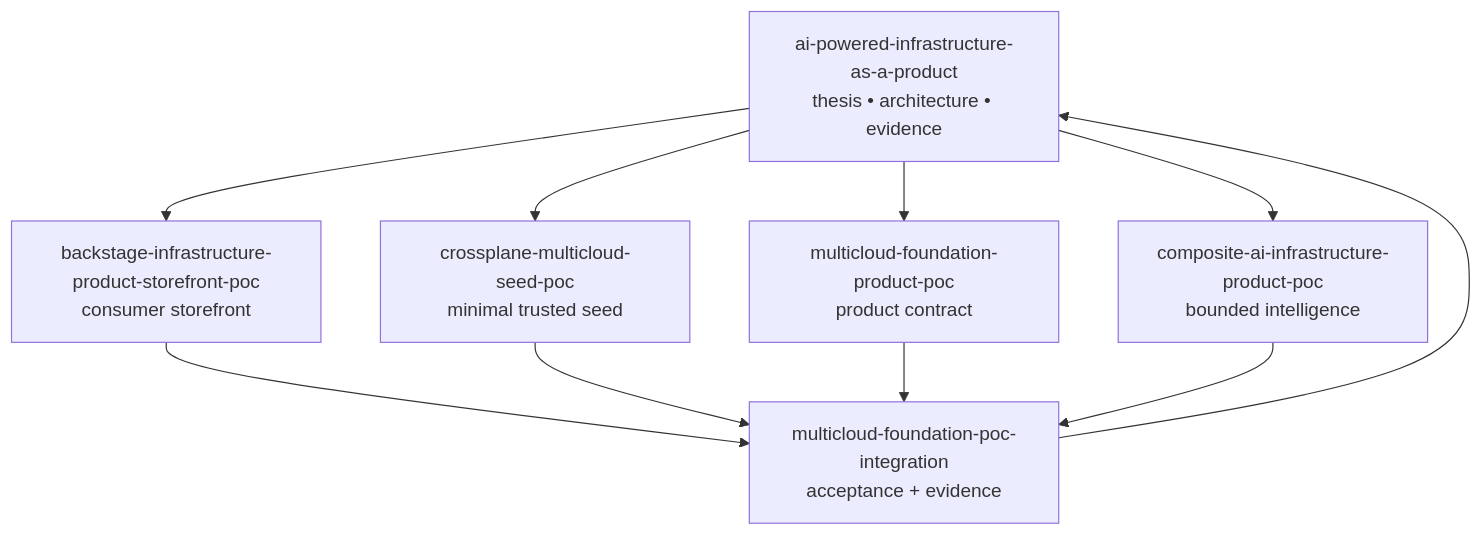
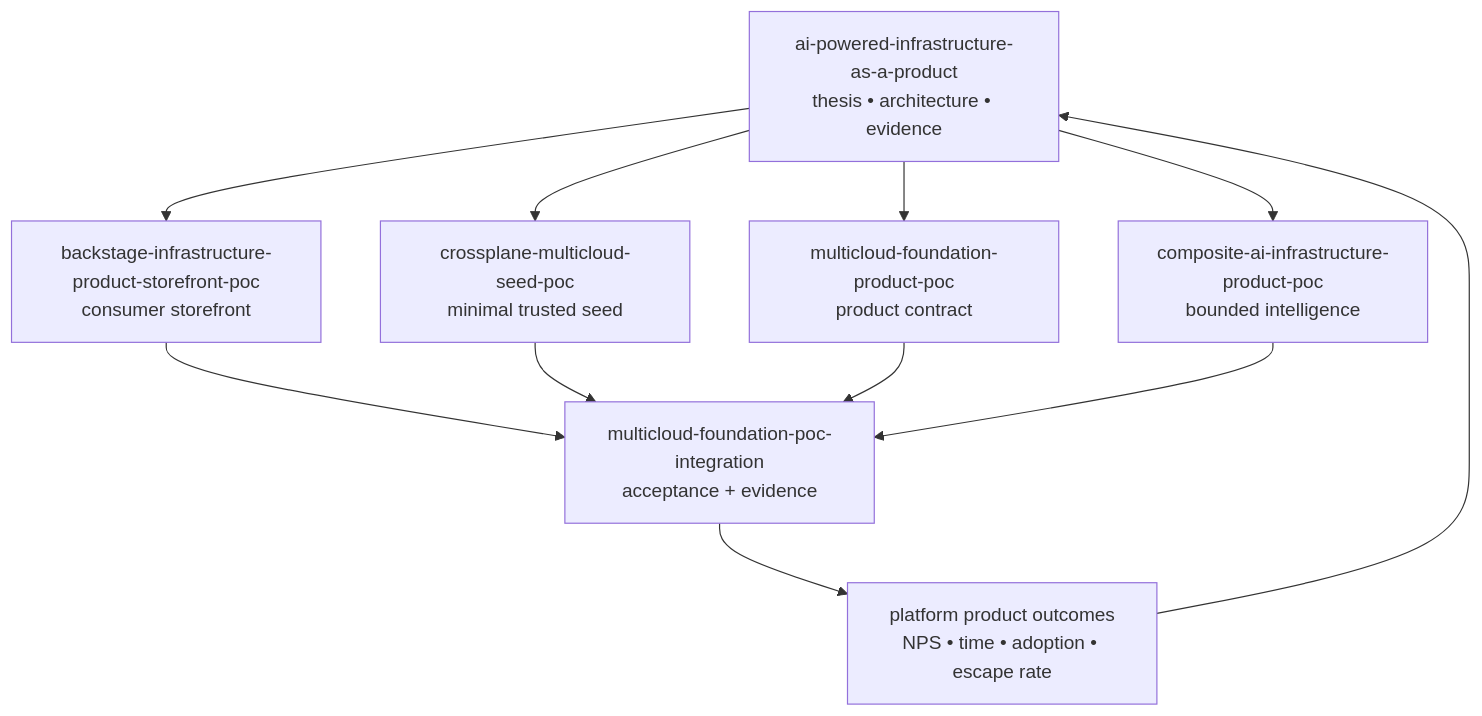
Before and after one commit to SAABOLImpactVenture/ai-powered-infrastructure-as-a-product: the first of 2 diagrams in docs/poc-portfolio.md, drawn with Mermaid. The commit also changed other lines of this file and 1 other file, not shown here.

First line of the commit message:
Add platform product outcome measurement model (#117)

````diff
--- a/docs/poc-portfolio.md
+++ b/docs/poc-portfolio.md
@@ -7,19 +7,21 @@
 ```mermaid
 flowchart TB
   HUB[ai-powered-infrastructure-as-a-product\nthesis • architecture • evidence]
   STORE[backstage-infrastructure-product-storefront-poc\nconsumer storefront]
   SEED[crossplane-multicloud-seed-poc\nminimal trusted seed]
   PRODUCT[multicloud-foundation-product-poc\nproduct contract]
   AI[composite-ai-infrastructure-product-poc\nbounded intelligence]
   INT[multicloud-foundation-poc-integration\nacceptance + evidence]
+  OUT[platform product outcomes\nNPS • time • adoption • escape rate]
 
   HUB --> STORE
   HUB --> SEED
   HUB --> PRODUCT
   HUB --> AI
   STORE --> INT
   SEED --> INT
   PRODUCT --> INT
   AI --> INT
-  INT --> HUB
+  INT --> OUT
+  OUT --> HUB
 ```
````
